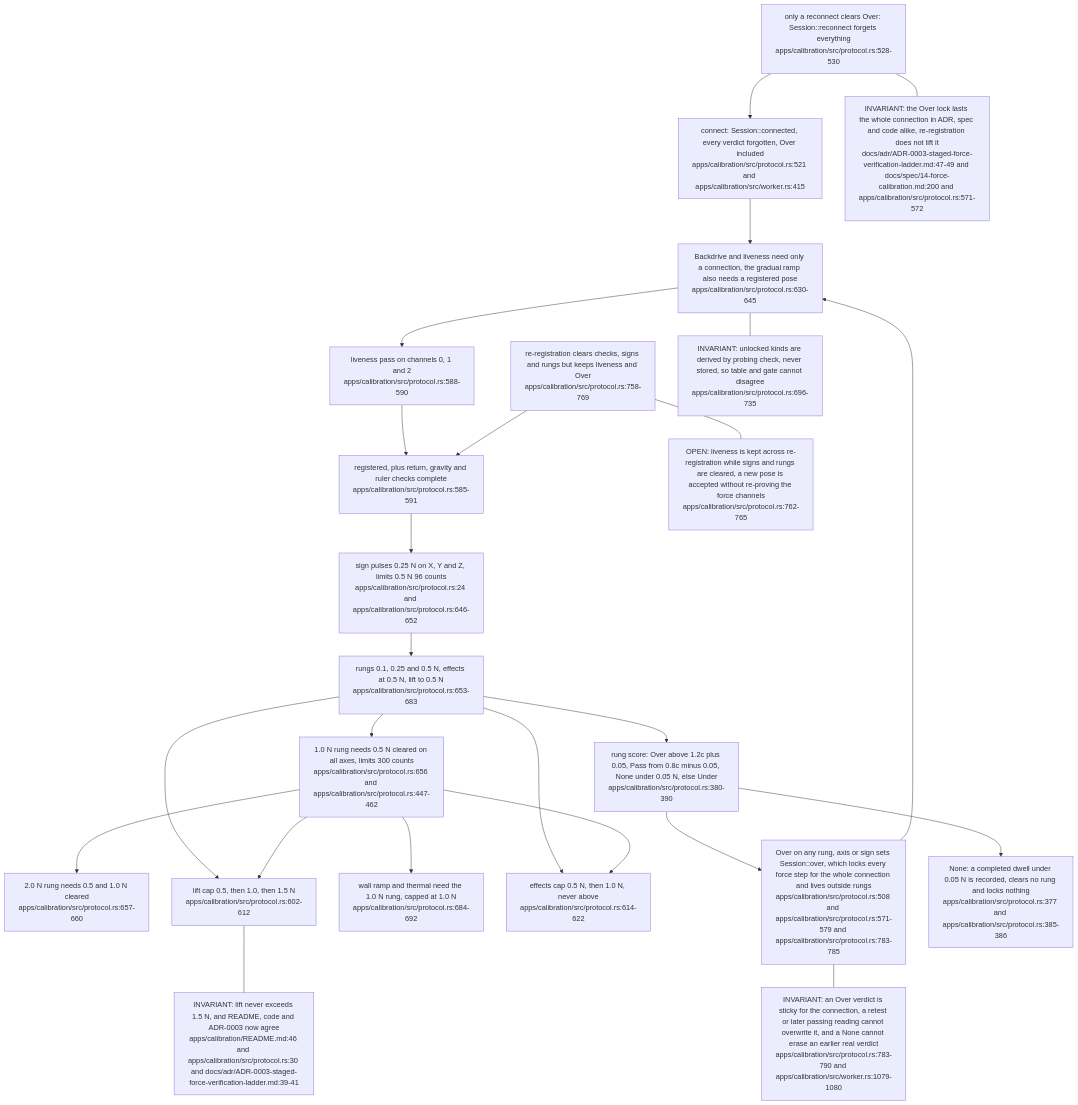
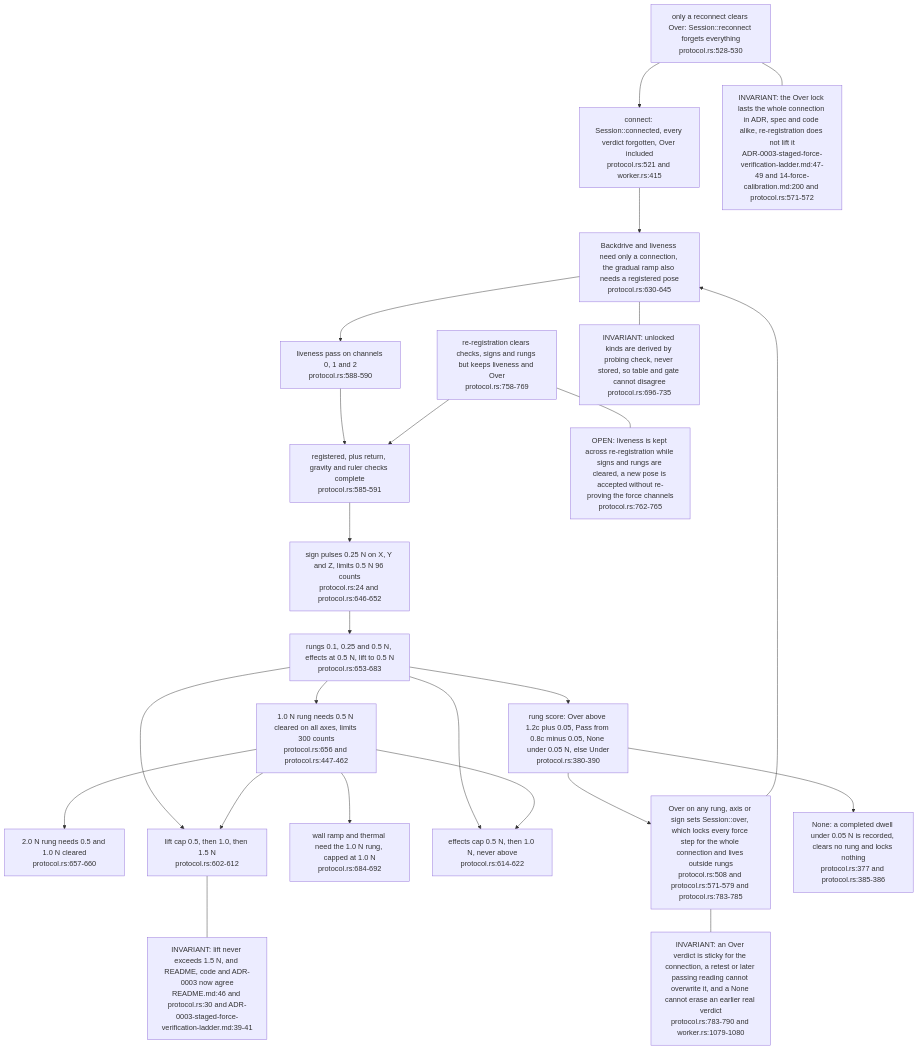
Before and after one commit to DreamLab-AI/VisionFlow: the second of 7 diagrams in docs/diagrams/visiontouch-rs/08-calibration-studio-and-verification-ladder.md, drawn with Mermaid. The commit also changed other lines of this file and 27 other files, not shown here.

````diff
--- a/docs/diagrams/visiontouch-rs/08-calibration-studio-and-verification-ladder.md
+++ b/docs/diagrams/visiontouch-rs/08-calibration-studio-and-verification-ladder.md
@@ -79,47 +84,47 @@
 ```mermaid
 flowchart TB
-    CON["connect: Session::connected, every verdict forgotten, Over included<br/>apps/calibration/src/protocol.rs:521 and apps/calibration/src/worker.rs:415"]
-    BASE["Backdrive and liveness need only a connection, the gradual ramp also needs a registered pose<br/>apps/calibration/src/protocol.rs:630-645"]
-    LIVE["liveness pass on channels 0, 1 and 2<br/>apps/calibration/src/protocol.rs:588-590"]
-    REG["registered, plus return, gravity and ruler checks complete<br/>apps/calibration/src/protocol.rs:585-591"]
-    SIGN["sign pulses 0.25 N on X, Y and Z, limits 0.5 N 96 counts<br/>apps/calibration/src/protocol.rs:24 and apps/calibration/src/protocol.rs:646-652"]
-    R1["rungs 0.1, 0.25 and 0.5 N, effects at 0.5 N, lift to 0.5 N<br/>apps/calibration/src/protocol.rs:653-683"]
-    R2["1.0 N rung needs 0.5 N cleared on all axes, limits 300 counts<br/>apps/calibration/src/protocol.rs:656 and apps/calibration/src/protocol.rs:447-462"]
-    R3["2.0 N rung needs 0.5 and 1.0 N cleared<br/>apps/calibration/src/protocol.rs:657-660"]
-    LIFT["lift cap 0.5, then 1.0, then 1.5 N<br/>apps/calibration/src/protocol.rs:602-612"]
-    WALL["wall ramp and thermal need the 1.0 N rung, capped at 1.0 N<br/>apps/calibration/src/protocol.rs:684-692"]
-    FX["effects cap 0.5 N, then 1.0 N, never above<br/>apps/calibration/src/protocol.rs:614-622"]
-    OVER["Over on any rung, axis or sign sets Session::over, which locks every force step for the whole connection and lives outside rungs<br/>apps/calibration/src/protocol.rs:508 and apps/calibration/src/protocol.rs:571-579 and apps/calibration/src/protocol.rs:783-785"]
-    CLR["re-registration clears checks, signs and rungs but keeps liveness and Over<br/>apps/calibration/src/protocol.rs:758-769"]
-    RECON["only a reconnect clears Over: Session::reconnect forgets everything<br/>apps/calibration/src/protocol.rs:528-530"]
-    NONE["None: a completed dwell under 0.05 N is recorded, clears no rung and locks nothing<br/>apps/calibration/src/protocol.rs:377 and apps/calibration/src/protocol.rs:385-386"]
-    SCORE["rung score: Over above 1.2c plus 0.05, Pass from 0.8c minus 0.05, None under 0.05 N, else Under<br/>apps/calibration/src/protocol.rs:380-390"]
+    CON["connect: Session::connected, every verdict forgotten, Over included<br/>protocol.rs:521 and worker.rs:415"]
+    BASE["Backdrive and liveness need only a connection, the gradual ramp also needs a registered pose<br/>protocol.rs:630-645"]
+    LIVE["liveness pass on channels 0, 1 and 2<br/>protocol.rs:588-590"]
+    REG["registered, plus return, gravity and ruler checks complete<br/>protocol.rs:585-591"]
+    SIGN["sign pulses 0.25 N on X, Y and Z, limits 0.5 N 96 counts<br/>protocol.rs:24 and protocol.rs:646-652"]
+    R1["rungs 0.1, 0.25 and 0.5 N, effects at 0.5 N, lift to 0.5 N<br/>protocol.rs:653-683"]
+    R2["1.0 N rung needs 0.5 N cleared on all axes, limits 300 counts<br/>protocol.rs:656 and protocol.rs:447-462"]
+    R3["2.0 N rung needs 0.5 and 1.0 N cleared<br/>protocol.rs:657-660"]
+    LIFT["lift cap 0.5, then 1.0, then 1.5 N<br/>protocol.rs:602-612"]
+    WALL["wall ramp and thermal need the 1.0 N rung, capped at 1.0 N<br/>protocol.rs:684-692"]
+    FX["effects cap 0.5 N, then 1.0 N, never above<br/>protocol.rs:614-622"]
+    OVER["Over on any rung, axis or sign sets Session::over, which locks every force step for the whole connection and lives outside rungs<br/>protocol.rs:508 and protocol.rs:571-579 and protocol.rs:783-785"]
+    CLR["re-registration clears checks, signs and rungs but keeps liveness and Over<br/>protocol.rs:758-769"]
+    RECON["only a reconnect clears Over: Session::reconnect forgets everything<br/>protocol.rs:528-530"]
+    NONE["None: a completed dwell under 0.05 N is recorded, clears no rung and locks nothing<br/>protocol.rs:377 and protocol.rs:385-386"]
+    SCORE["rung score: Over above 1.2c plus 0.05, Pass from 0.8c minus 0.05, None under 0.05 N, else Under<br/>protocol.rs:380-390"]
     CON --> BASE
     BASE --> LIVE
     LIVE --> REG
     REG --> SIGN
     SIGN --> R1
     R1 --> R2
     R2 --> R3
     R1 --> LIFT
     R2 --> LIFT
     R2 --> WALL
     R1 --> FX
     R2 --> FX
     R1 --> SCORE
     SCORE --> OVER
     SCORE --> NONE
     OVER --> BASE
     CLR --> REG
     RECON --> CON
-    N1["INVARIANT: an Over verdict is sticky for the connection, a retest or later passing reading cannot overwrite it, and a None cannot erase an earlier real verdict<br/>apps/calibration/src/protocol.rs:783-790 and apps/calibration/src/worker.rs:1079-1080"]
-    N2["INVARIANT: unlocked kinds are derived by probing check, never stored, so table and gate cannot disagree<br/>apps/calibration/src/protocol.rs:696-735"]
-    N3["INVARIANT: lift never exceeds 1.5 N, and README, code and ADR-0003 now agree<br/>apps/calibration/README.md:46 and apps/calibration/src/protocol.rs:30 and docs/adr/ADR-0003-staged-force-verification-ladder.md:39-41"]
-    N4["OPEN: liveness is kept across re-registration while signs and rungs are cleared, a new pose is accepted without re-proving the force channels<br/>apps/calibration/src/protocol.rs:762-765"]
-    N5["INVARIANT: the Over lock lasts the whole connection in ADR, spec and code alike, re-registration does not lift it<br/>docs/adr/ADR-0003-staged-force-verification-ladder.md:47-49 and docs/spec/14-force-calibration.md:200 and apps/calibration/src/protocol.rs:571-572"]
+    N1["INVARIANT: an Over verdict is sticky for the connection, a retest or later passing reading cannot overwrite it, and a None cannot erase an earlier real verdict<br/>protocol.rs:783-790 and worker.rs:1079-1080"]
+    N2["INVARIANT: unlocked kinds are derived by probing check, never stored, so table and gate cannot disagree<br/>protocol.rs:696-735"]
+    N3["INVARIANT: lift never exceeds 1.5 N, and README, code and ADR-0003 now agree<br/>README.md:46 and protocol.rs:30 and ADR-0003-staged-force-verification-ladder.md:39-41"]
+    N4["OPEN: liveness is kept across re-registration while signs and rungs are cleared, a new pose is accepted without re-proving the force channels<br/>protocol.rs:762-765"]
+    N5["INVARIANT: the Over lock lasts the whole connection in ADR, spec and code alike, re-registration does not lift it<br/>ADR-0003-staged-force-verification-ladder.md:47-49 and 14-force-calibration.md:200 and protocol.rs:571-572"]
     OVER --- N1
     RECON --- N5
     BASE --- N2
     LIFT --- N3
     CLR --- N4
 ```
````
